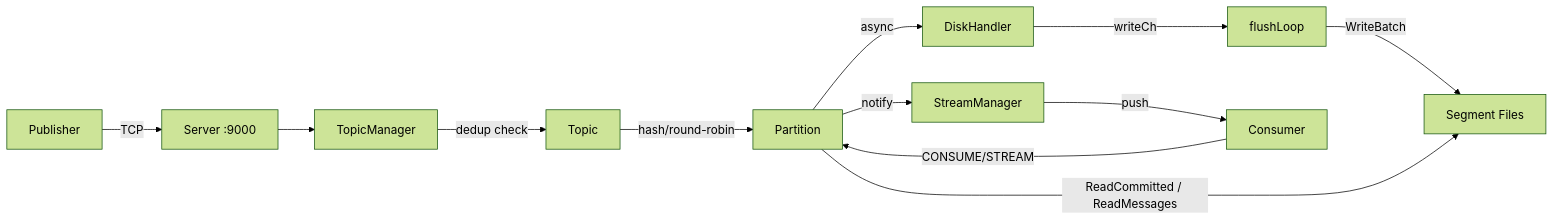
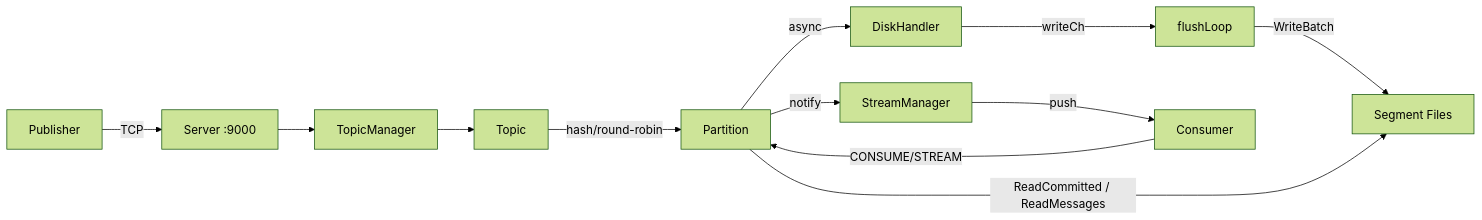
The third of 8 diagrams in docs/architecture.md (cursus-io/cursus), drawn with Mermaid (forest theme) before and after one commit. The commit also changed other lines of this file and 58 other files, not shown here.

````diff
--- a/docs/architecture.md
+++ b/docs/architecture.md
@@ -133,14 +128,14 @@
 ```mermaid
 graph LR
     P[Publisher] -->|TCP| S[Server :9000]
     S --> TM[TopicManager]
-    TM -->|dedup check| T[Topic]
+    TM --> T[Topic]
     T -->|hash/round-robin| Part[Partition]
     Part -->|async| DH[DiskHandler]
     DH -->|writeCh| FL[flushLoop]
     FL -->|WriteBatch| Seg[Segment Files]
     Part -->|notify| SM[StreamManager]
     SM -->|push| C[Consumer]
     C -->|CONSUME/STREAM| Part
     Part -->|ReadCommitted / ReadMessages| Seg
 ```
````
